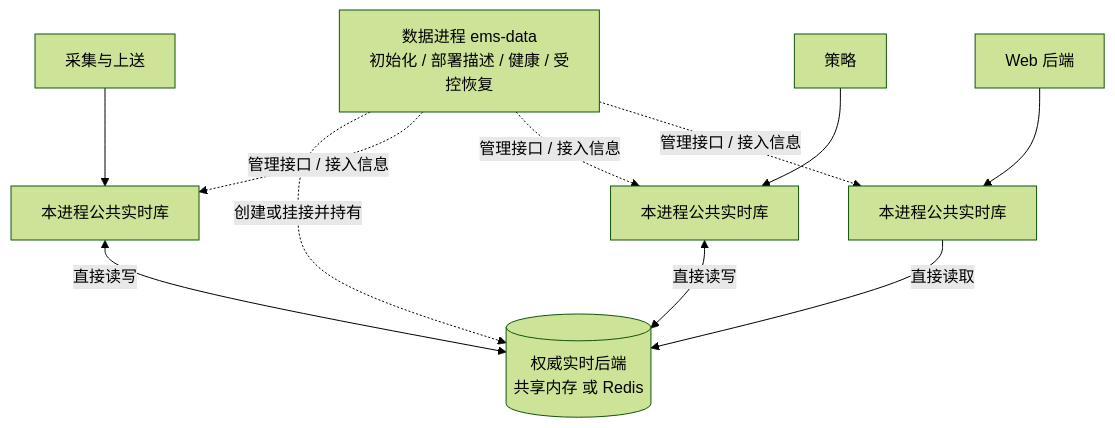
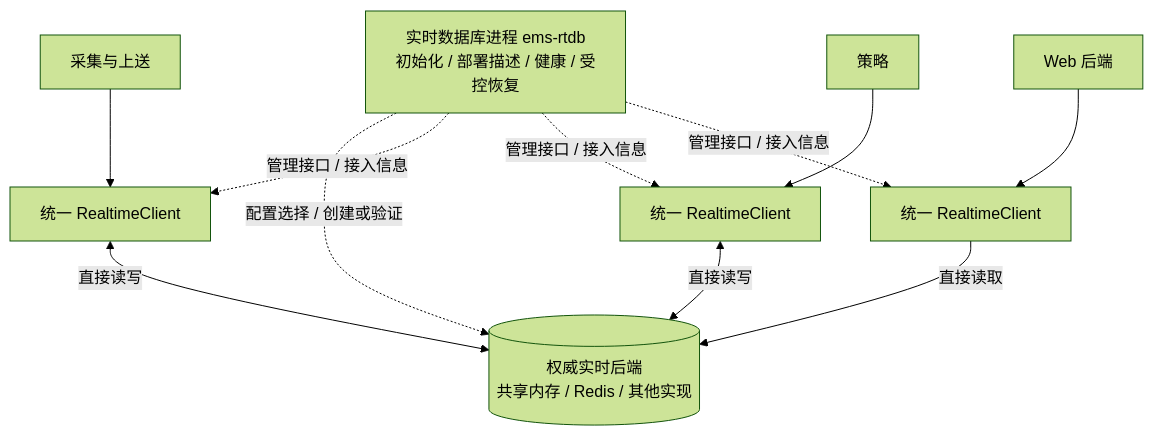
The diagram in website/docs/processes/data/index.md (600888/ems), drawn with Mermaid (forest theme) before and after one commit. The commit also changed other lines of this file and 3385 other files, not shown here.

````diff
--- a/website/docs/processes/data/index.md
+++ b/website/docs/processes/data/index.md
@@ -7,14 +9,14 @@
 ```mermaid
 flowchart TB
-    Data["数据进程 ems-data<br/>初始化 / 部署描述 / 健康 / 受控恢复"]
-    Data -.创建或挂接并持有.-> RT[("权威实时后端<br/>共享内存 或 Redis")]
-    Collector[采集与上送] --> C[本进程公共实时库]
-    Strategy[策略] --> S[本进程公共实时库]
-    Web[Web 后端] --> W[本进程公共实时库]
+    Data["实时数据库进程 ems-rtdb<br/>初始化 / 部署描述 / 健康 / 受控恢复"]
+    Data -.配置选择 / 创建或验证.-> RT[("权威实时后端<br/>共享内存 / Redis / 其他实现")]
+    Collector[采集与上送] --> C[统一 RealtimeClient]
+    Strategy[策略] --> S[统一 RealtimeClient]
+    Web[Web 后端] --> W[统一 RealtimeClient]
     C <-->|直接读写| RT
     S <-->|直接读写| RT
     W -->|直接读取| RT
     Data -.管理接口 / 接入信息.-> C
     Data -.管理接口 / 接入信息.-> S
     Data -.管理接口 / 接入信息.-> W
 ```
````
